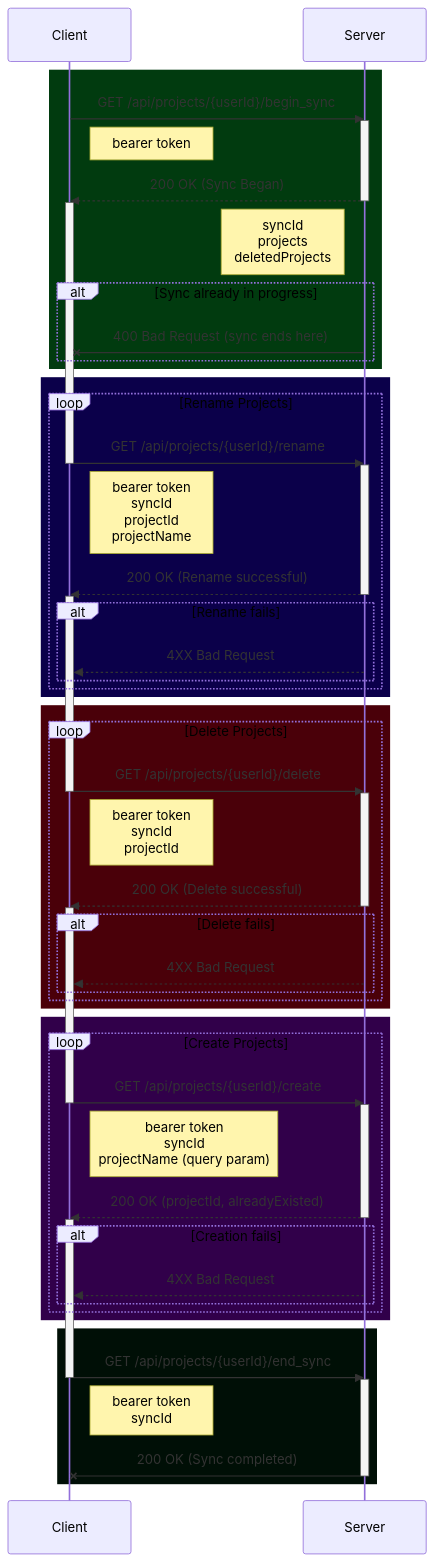
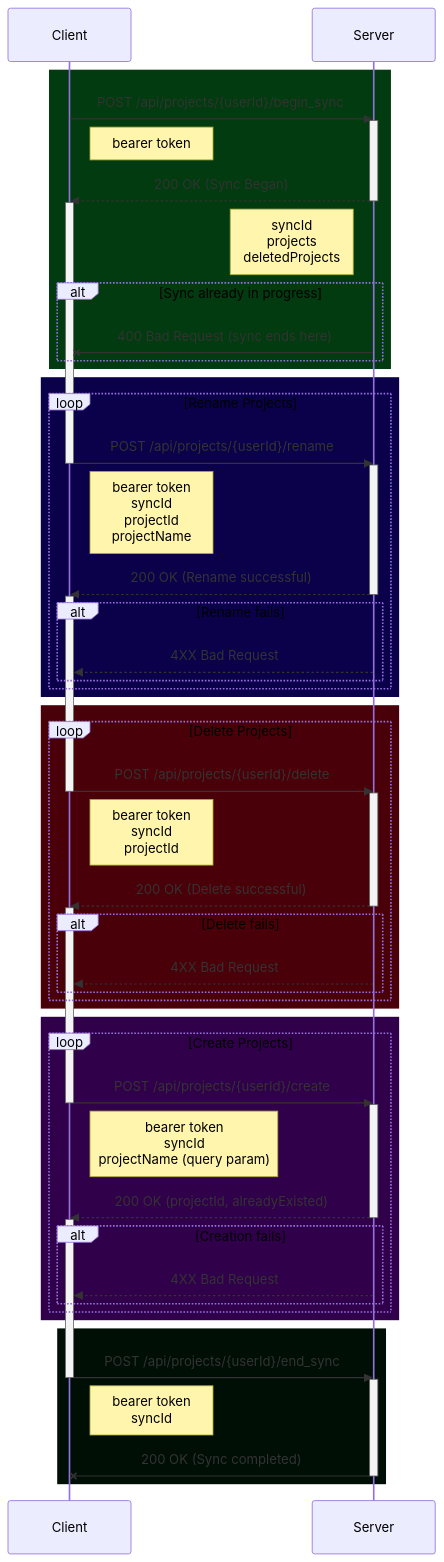
The first of 10 diagrams in docs/SYNCING-PROTOCOL.md (Darkrock-Studios/hammer-editor), drawn with Mermaid before and after one commit. The commit also changed other lines of this file and 5 other files, not shown here.

First line of the commit message:
Move account sync endpoints from GET to POST with legacy fallbacks

````diff
--- a/docs/SYNCING-PROTOCOL.md
+++ b/docs/SYNCING-PROTOCOL.md
@@ -34,72 +38,72 @@
 ```mermaid
 sequenceDiagram
 	participant Client as Client
 	participant Server as Server
 
 	rect rgb(1, 59, 15)
-		Client ->> Server: GET /api/projects/{userId}/begin_sync
+		Client ->> Server: POST /api/projects/{userId}/begin_sync
 		activate Server
 		Note right of Client: bearer token
 		Server -->> Client: 200 OK (Sync Began)
 		deactivate Server
 		activate Client
 		Note left of Server: syncId<br/>projects<br/>deletedProjects
 		alt Sync already in progress
 			Server -x Client: 400 Bad Request (sync ends here)
 		end
 	end
 	rect rgb(11, 0, 74)
 		loop Rename Projects
-			Client ->> Server: GET /api/projects/{userId}/rename
+			Client ->> Server: POST /api/projects/{userId}/rename
 			deactivate Client
 			activate Server
 			Note right of Client: bearer token <br/> syncId <br/> projectId <br/> projectName
 			Server -->> Client: 200 OK (Rename successful)
 			deactivate Server
 			activate Client
 			alt Rename fails
 				Server -->> Client: 4XX Bad Request
 			end
 		end
 	end
 
 	rect rgb(74, 0, 9)
 		loop Delete Projects
-			Client ->> Server: GET /api/projects/{userId}/delete
+			Client ->> Server: POST /api/projects/{userId}/delete
 			deactivate Client
 			activate Server
 			Note right of Client: bearer token <br/> syncId <br/> projectId
 			Server -->> Client: 200 OK (Delete successful)
 			deactivate Server
 			activate Client
 			alt Delete fails
 				Server -->> Client: 4XX Bad Request
 			end
 		end
 	end
 
 	rect rgb(49, 0, 74)
 		loop Create Projects
-			Client ->> Server: GET /api/projects/{userId}/create
+			Client ->> Server: POST /api/projects/{userId}/create
 			deactivate Client
 			activate Server
 			Note right of Client: bearer token <br/> syncId <br/> projectName (query param)
 			Server -->> Client: 200 OK (projectId, alreadyExisted)
 			deactivate Server
 			activate Client
 			alt Creation fails
 				Server -->> Client: 4XX Bad Request
 			end
 		end
 	end
 
 	rect rgb(0, 15, 6)
-		Client ->> Server: GET /api/projects/{userId}/end_sync
+		Client ->> Server: POST /api/projects/{userId}/end_sync
 		deactivate Client
 		activate Server
 		Note right of Client: bearer token <br/> syncId
 		Server -x Client: 200 OK (Sync completed)
 		deactivate Server
 	end
 
 ```
````
